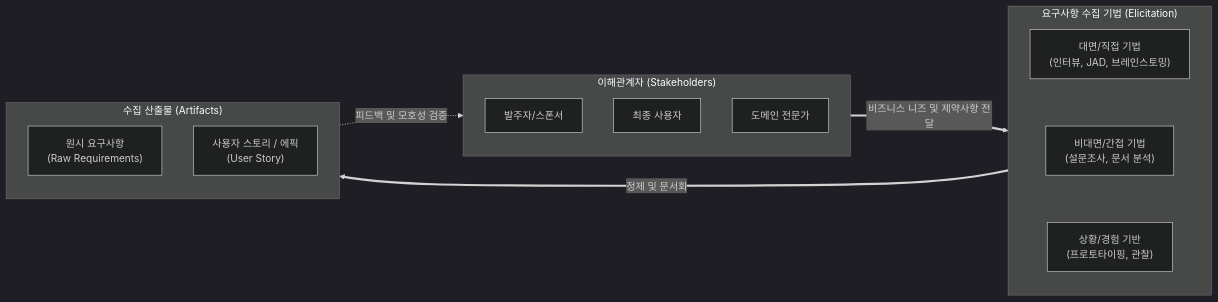
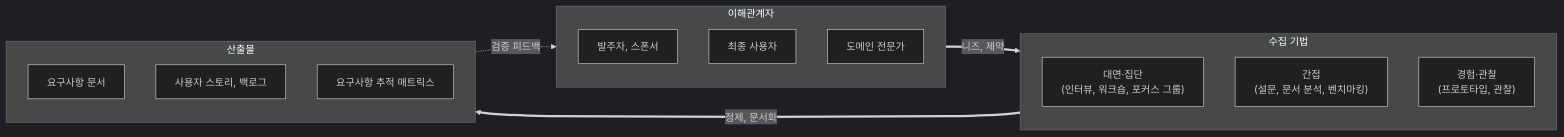
One commit to supremethumb/supremethumb.github.io changed the diagram in content/01_IT Tech/요구사항 수집기법.md. Above: the diagram before and after it, drawn with Mermaid (dark theme). The commit also changed other lines of this file and 1087 other files, not shown here.

````diff
--- a/content/01_IT Tech/요구사항 수집기법.md
+++ b/content/01_IT Tech/요구사항 수집기법.md
@@ -27,29 +35,24 @@
 ```mermaid
 flowchart LR
-    subgraph Stakeholders ["이해관계자 (Stakeholders)"]
+    subgraph SH ["이해관계자"]
         direction TB
-        Sponsor["발주자/스폰서"]
-        User["최종 사용자"]
-        Domain["도메인 전문가"]
+        S1["발주자, 스폰서"]
+        S2["최종 사용자"]
+        S3["도메인 전문가"]
     end
-
-    subgraph Techniques ["요구사항 수집 기법 (Elicitation)"]
+    subgraph TQ ["수집 기법"]
         direction TB
-        Direct["대면/직접 기법<br/>(인터뷰, JAD, 브레인스토밍)"]
-        Indirect["비대면/간접 기법<br/>(설문조사, 문서 분석)"]
-        Context["상황/경험 기반<br/>(프로토타이핑, 관찰)"]
-        
-        Direct ~~~ Indirect ~~~ Context
+        D["대면·집단<br/>(인터뷰, 워크숍, 포커스 그룹)"]
+        I["간접<br/>(설문, 문서 분석, 벤치마킹)"]
+        E["경험·관찰<br/>(프로토타입, 관찰)"]
     end
-
-    subgraph Artifacts ["수집 산출물 (Artifacts)"]
+    subgraph AR ["산출물"]
         direction TB
-        RawReq["원시 요구사항<br/>(Raw Requirements)"]
-        UserStory["사용자 스토리 / 에픽<br/>(User Story)"]
+        R1["요구사항 문서"]
+        R2["사용자 스토리, 백로그"]
+        R3["요구사항 추적 매트릭스"]
     end
-
-    Stakeholders ==>|"비즈니스 니즈 및 제약사항 전달"| Techniques
-    Techniques ==>|"정제 및 문서화"| Artifacts
-    Artifacts -.->|"피드백 및 모호성 검증"| Stakeholders
-
+    SH ==>|"니즈, 제약"| TQ
+    TQ ==>|"정제, 문서화"| AR
+    AR -.->|"검증 피드백"| SH
 ```
````
